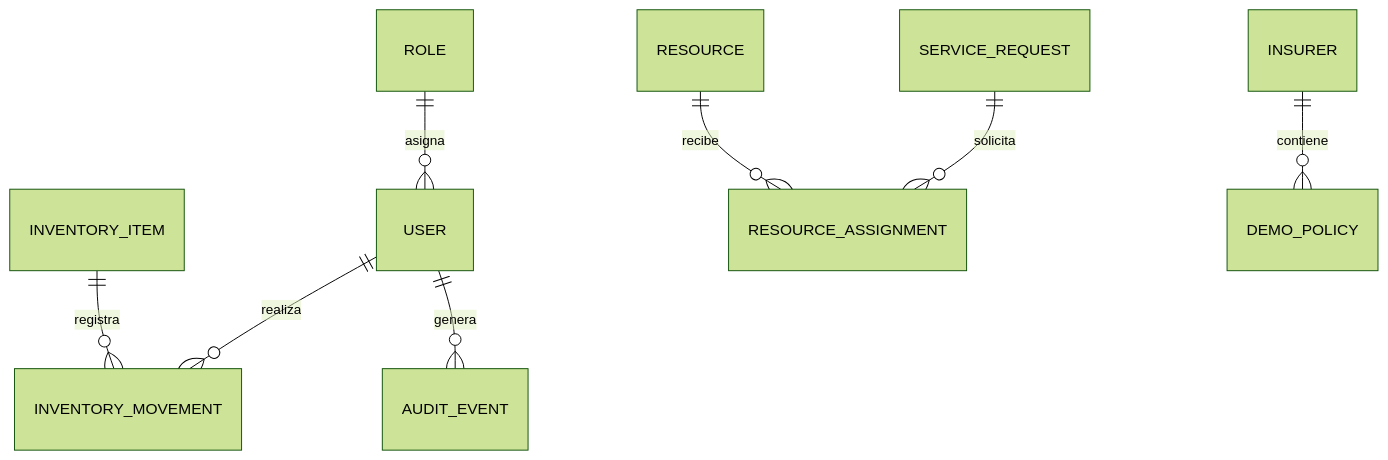
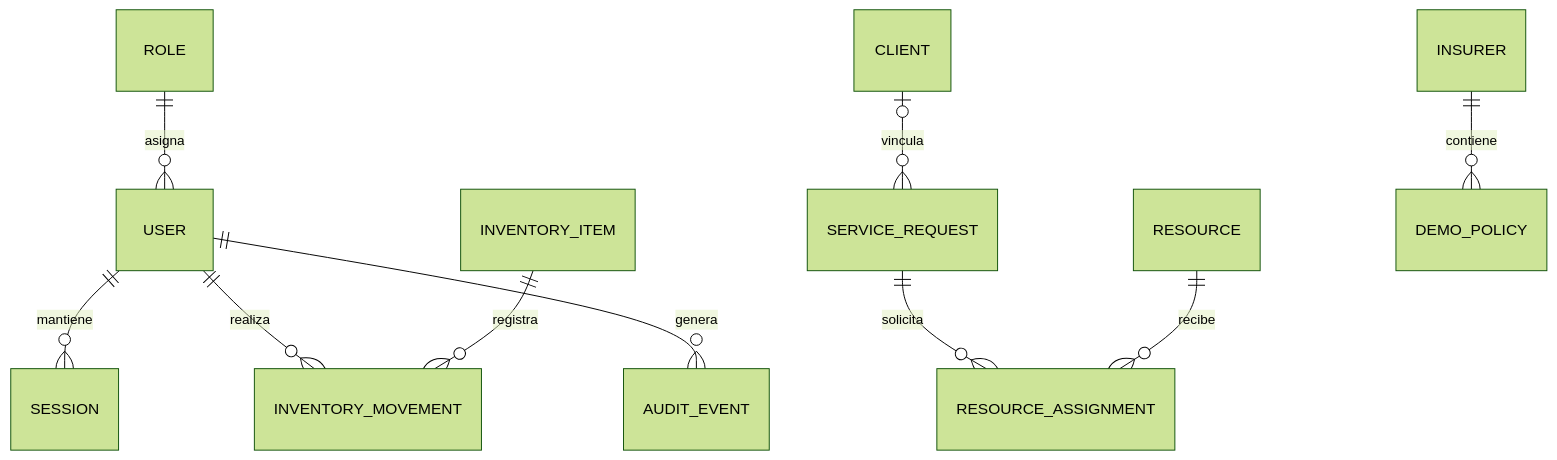
One commit to ThxtToo/serena-gestion-funeraria changed the diagram in docs/MODELO_DATOS.md. Above: the diagram before and after it, drawn with Mermaid (forest theme). The commit also changed other lines of this file and 1 other file, not shown here.

````diff
--- a/docs/MODELO_DATOS.md
+++ b/docs/MODELO_DATOS.md
@@ -245,10 +304,12 @@
 ```mermaid
 erDiagram
     ROLE ||--o{ USER : asigna
+    USER ||--o{ SESSION : mantiene
+    CLIENT o|--o{ SERVICE_REQUEST : vincula
     USER ||--o{ INVENTORY_MOVEMENT : realiza
     INVENTORY_ITEM ||--o{ INVENTORY_MOVEMENT : registra
     SERVICE_REQUEST ||--o{ RESOURCE_ASSIGNMENT : solicita
     RESOURCE ||--o{ RESOURCE_ASSIGNMENT : recibe
     USER ||--o{ AUDIT_EVENT : genera
     INSURER ||--o{ DEMO_POLICY : contiene
 ```
````
